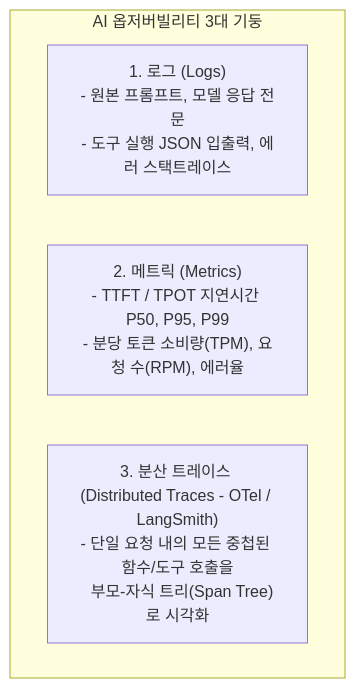
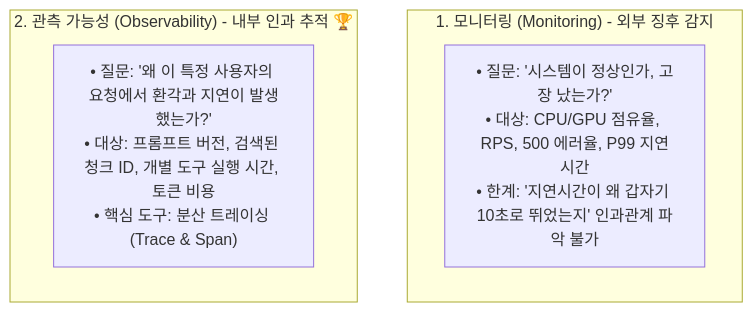
Before and after one commit to sing-u8/AI-Engineering: the first of 2 diagrams in chapter-qa/ch10-architecture-and-feedback-qa/02-observability-tracing-and-evalops.md, drawn with Mermaid. The commit also changed other lines of this file and 11 other files, not shown here.

````diff
--- a/chapter-qa/ch10-architecture-and-feedback-qa/02-observability-tracing-and-evalops.md
+++ b/chapter-qa/ch10-architecture-and-feedback-qa/02-observability-tracing-and-evalops.md
@@ -29,8 +31,10 @@
 ```mermaid
 flowchart TD
-    subgraph Obs["AI 옵저버빌리티 3대 기둥"]
-        Logs["1. 로그 (Logs)\n- 원본 프롬프트, 모델 응답 전문\n- 도구 실행 JSON 입출력, 에러 스택트레이스"]
-        Metrics["2. 메트릭 (Metrics)\n- TTFT / TPOT 지연시간 P50, P95, P99\n- 분당 토큰 소비량(TPM), 요청 수(RPM), 에러율"]
-        Traces["3. 분산 트레이스 (Distributed Traces - OTel / LangSmith)\n- 단일 요청 내의 모든 중첩된 함수/도구 호출을\n  부모-자식 트리(Span Tree)로 시각화"]
+    subgraph Mon["1. 모니터링 (Monitoring) - 외부 징후 감지"]
+        M1["• 질문: '시스템이 정상인가, 고장 났는가?'\n• 대상: CPU/GPU 점유율, RPS, 500 에러율, P99 지연시간\n• 한계: '지연시간이 왜 갑자기 10초로 뛰었는지' 인과관계 파악 불가"]
+    end
+
+    subgraph Obs["2. 관측 가능성 (Observability) - 내부 인과 추적 🏆"]
+        O1["• 질문: '왜 이 특정 사용자의 요청에서 환각과 지연이 발생했는가?'\n• 대상: 프롬프트 버전, 검색된 청크 ID, 개별 도구 실행 시간, 토큰 비용\n• 핵심 도구: 분산 트레이싱 (Trace & Span)"]
     end
 ```
````
